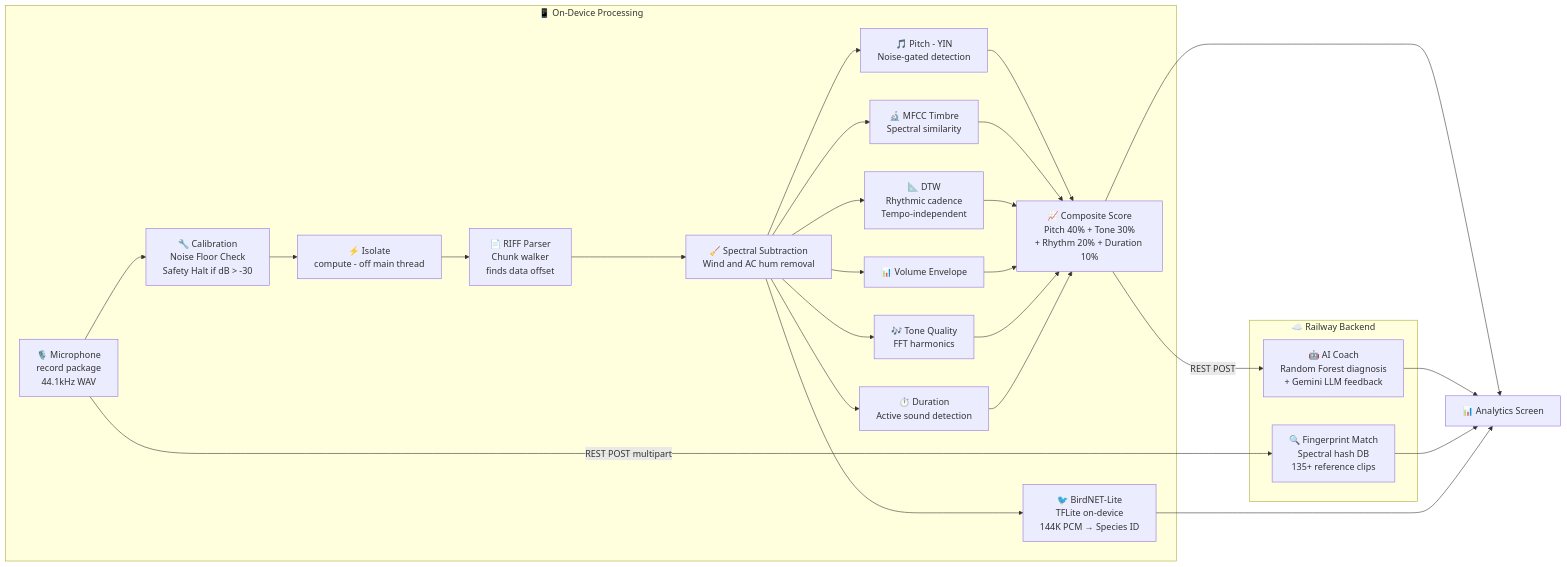
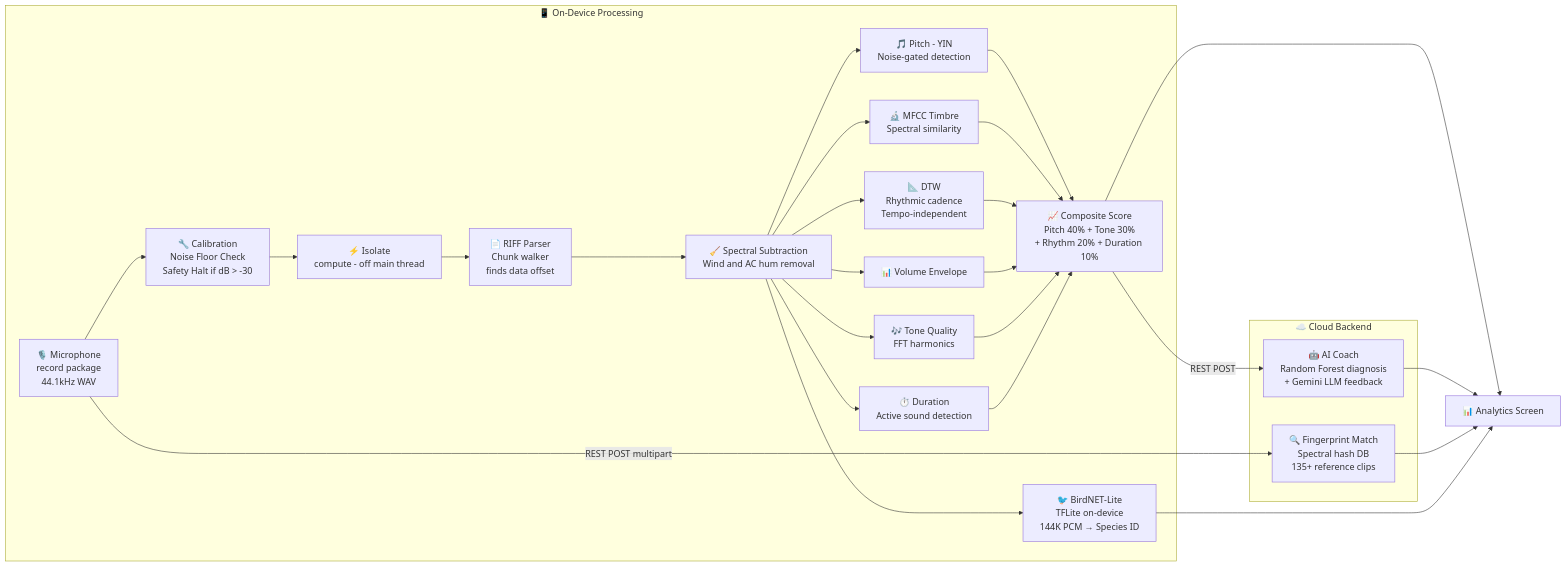
One commit to neo3151/Hunting_Call changed the diagram in docs/diagrams/3_audio_pipeline.mmd. Above: the diagram before and after it, drawn with Mermaid. The commit also changed 124 other files, not shown here.

```diff
--- a/docs/diagrams/3_audio_pipeline.mmd
+++ b/docs/diagrams/3_audio_pipeline.mmd
@@ -1,32 +1,32 @@
 flowchart LR
     subgraph DEVICE["📱 On-Device Processing"]
         MIC["🎙️ Microphone<br/>record package<br/>44.1kHz WAV"] --> CAL["🔧 Calibration<br/>Noise Floor Check<br/>Safety Halt if dB > -30"]
         CAL --> ISO["⚡ Isolate<br/>compute - off main thread"]
         ISO --> WAV["📄 RIFF Parser<br/>Chunk walker<br/>finds data offset"]
         WAV --> DSP["🧹 Spectral Subtraction<br/>Wind and AC hum removal"]
         DSP --> PITCH["🎵 Pitch - YIN<br/>Noise-gated detection"]
         DSP --> MFCC["🔬 MFCC Timbre<br/>Spectral similarity"]
         DSP --> DTW["📐 DTW<br/>Rhythmic cadence<br/>Tempo-independent"]
         DSP --> VOL["📊 Volume Envelope"]
         DSP --> TONE["🎶 Tone Quality<br/>FFT harmonics"]
         DSP --> DUR["⏱️ Duration<br/>Active sound detection"]
 
         PITCH --> SCORE["📈 Composite Score<br/>Pitch 40% + Tone 30%<br/>+ Rhythm 20% + Duration 10%"]
         MFCC --> SCORE
         DTW --> SCORE
         VOL --> SCORE
         TONE --> SCORE
         DUR --> SCORE
 
         DSP --> BNET["🐦 BirdNET-Lite<br/>TFLite on-device<br/>144K PCM → Species ID"]
     end
 
-    subgraph CLOUD["☁️ Railway Backend"]
+    subgraph CLOUD["☁️ Cloud Backend"]
         SCORE -->|"REST POST"| COACH["🤖 AI Coach<br/>Random Forest diagnosis<br/>+ Gemini LLM feedback"]
         MIC -->|"REST POST multipart"| FP["🔍 Fingerprint Match<br/>Spectral hash DB<br/>135+ reference clips"]
     end
 
     SCORE --> UI["📊 Analytics Screen"]
     COACH --> UI
     FP --> UI
     BNET --> UI
```
